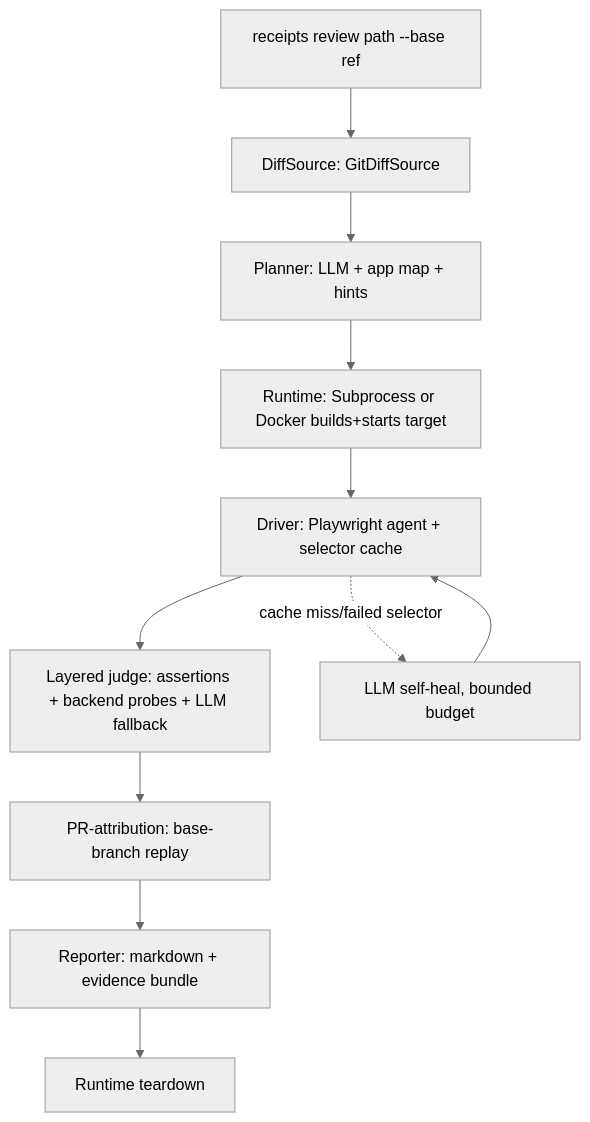
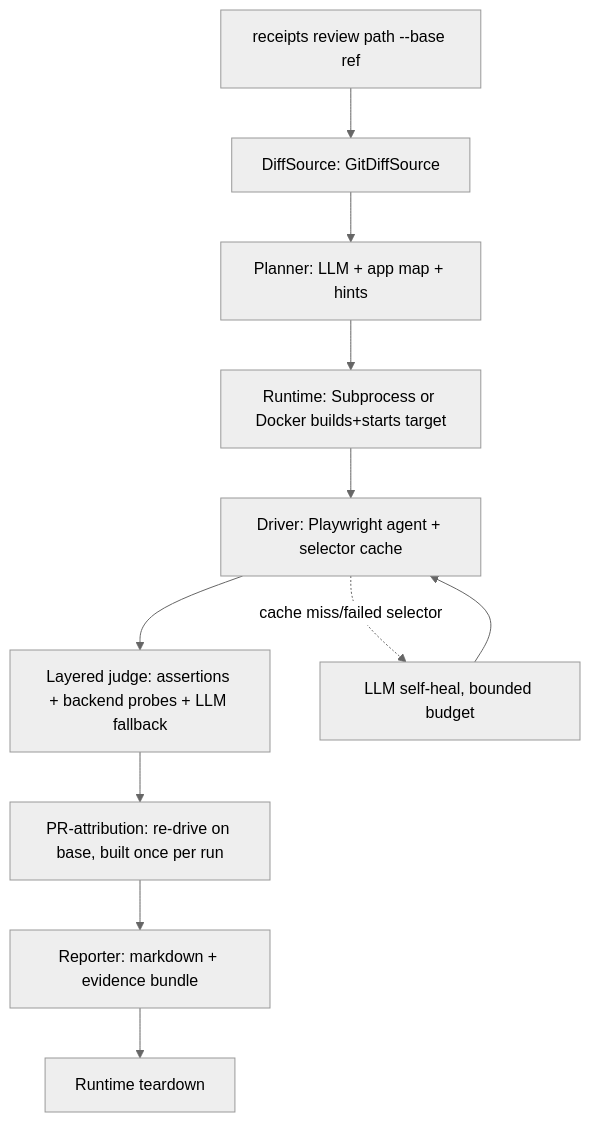
The diagram in docs/plans/2026-07-10-001-feat-receipts-runtime-pr-verification-plan.md (nagappanm/agentic-ai-engineering), drawn with Mermaid (neutral theme) before and after one commit. The commit also changed other lines of this file and 1 other file, not shown here.

First line of the commit message:
docs(receipts): patch specs from review (attribution, auth, budgets, tests)

````diff
--- a/docs/plans/2026-07-10-001-feat-receipts-runtime-pr-verification-plan.md
+++ b/docs/plans/2026-07-10-001-feat-receipts-runtime-pr-verification-plan.md
@@ -44,13 +48,13 @@
 ```mermaid
 flowchart TD
     CLI[receipts review path --base ref] --> DS[DiffSource: GitDiffSource]
     DS --> PL[Planner: LLM + app map + hints]
     PL --> RT[Runtime: Subprocess or Docker builds+starts target]
     RT --> DR[Driver: Playwright agent + selector cache]
     DR --> AS[Layered judge: assertions + backend probes + LLM fallback]
-    AS --> AT[PR-attribution: base-branch replay]
+    AS --> AT[PR-attribution: re-drive on base, built once per run]
     AT --> RP[Reporter: markdown + evidence bundle]
     RP --> TD[Runtime teardown]
     DR -. cache miss/failed selector .-> HEAL[LLM self-heal, bounded budget]
     HEAL --> DR
 ```
````
